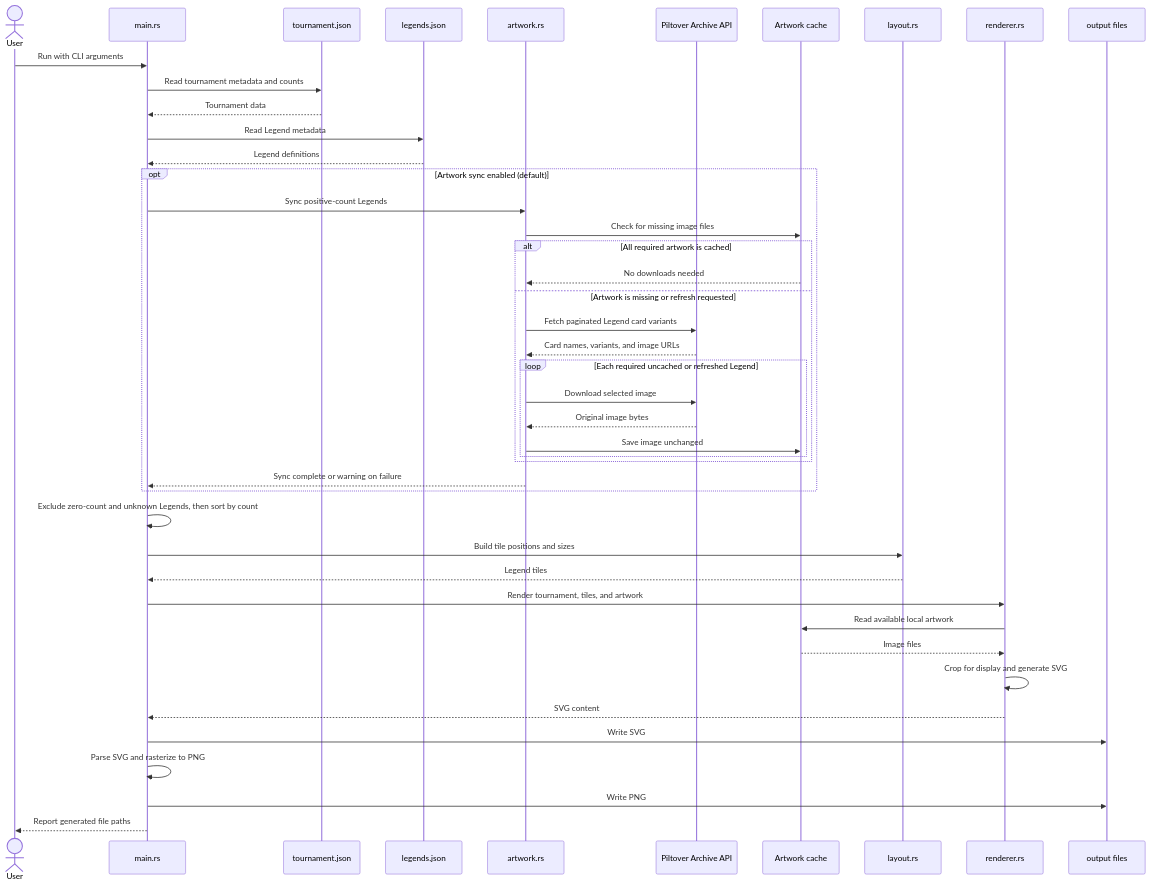
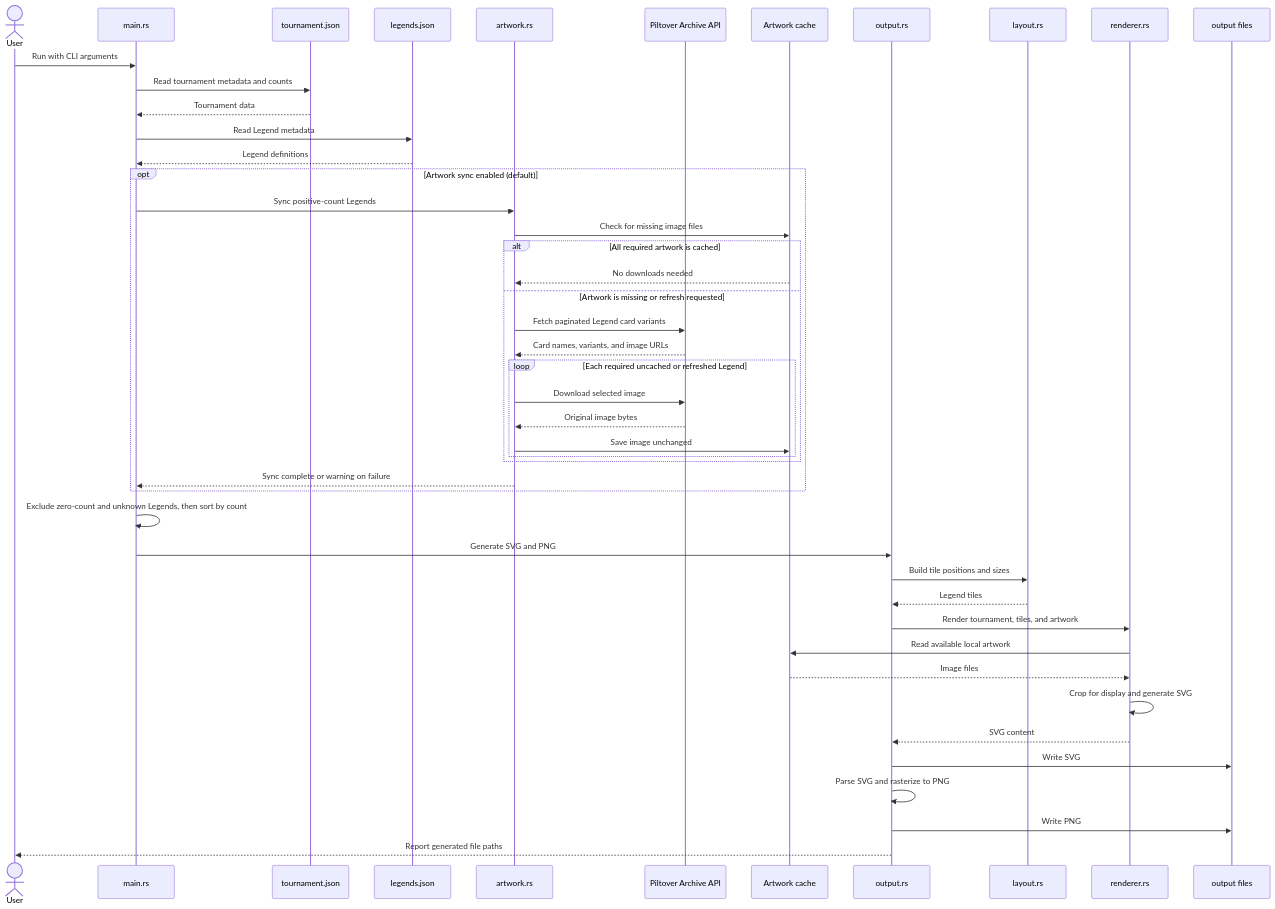
The diagram in README.md (Grenosaurus/riftbound_metadata), drawn with Mermaid before and after one commit.

Commit message:
Updated the sequence diagram.

````diff
--- a/README.md
+++ b/README.md
@@ -221,49 +221,51 @@
 ```mermaid
 sequenceDiagram
     actor User
     participant CLI as main.rs
     participant Tournament as tournament.json
     participant LegendData as legends.json
     participant Artwork as artwork.rs
     participant Archive as Piltover Archive API
     participant Cache as Artwork cache
+    participant Output as output.rs
     participant Layout as layout.rs
     participant Renderer as renderer.rs
-    participant Output as output files
+    participant Files as output files
 
     User->>CLI: Run with CLI arguments
     CLI->>Tournament: Read tournament metadata and counts
     Tournament-->>CLI: Tournament data
     CLI->>LegendData: Read Legend metadata
     LegendData-->>CLI: Legend definitions
 
     opt Artwork sync enabled (default)
         CLI->>Artwork: Sync positive-count Legends
         Artwork->>Cache: Check for missing image files
         alt All required artwork is cached
             Cache-->>Artwork: No downloads needed
         else Artwork is missing or refresh requested
             Artwork->>Archive: Fetch paginated Legend card variants
             Archive-->>Artwork: Card names, variants, and image URLs
             loop Each required uncached or refreshed Legend
                 Artwork->>Archive: Download selected image
                 Archive-->>Artwork: Original image bytes
                 Artwork->>Cache: Save image unchanged
             end
         end
         Artwork-->>CLI: Sync complete or warning on failure
     end
 
     CLI->>CLI: Exclude zero-count and unknown Legends, then sort by count
-    CLI->>Layout: Build tile positions and sizes
-    Layout-->>CLI: Legend tiles
-    CLI->>Renderer: Render tournament, tiles, and artwork
+    CLI->>Output: Generate SVG and PNG
+    Output->>Layout: Build tile positions and sizes
+    Layout-->>Output: Legend tiles
+    Output->>Renderer: Render tournament, tiles, and artwork
     Renderer->>Cache: Read available local artwork
     Cache-->>Renderer: Image files
     Renderer->>Renderer: Crop for display and generate SVG
-    Renderer-->>CLI: SVG content
-    CLI->>Output: Write SVG
-    CLI->>CLI: Parse SVG and rasterize to PNG
-    CLI->>Output: Write PNG
-    CLI-->>User: Report generated file paths
+    Renderer-->>Output: SVG content
+    Output->>Files: Write SVG
+    Output->>Output: Parse SVG and rasterize to PNG
+    Output->>Files: Write PNG
+    Output-->>User: Report generated file paths
 ```
````
